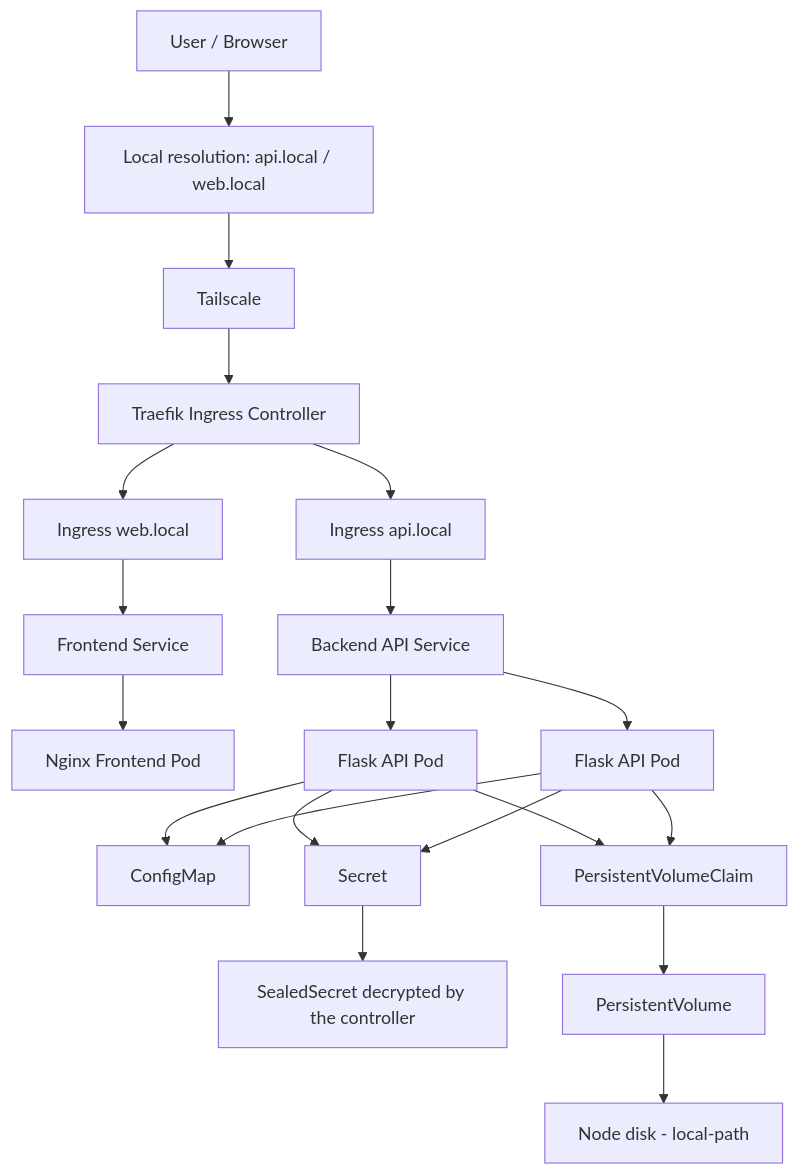
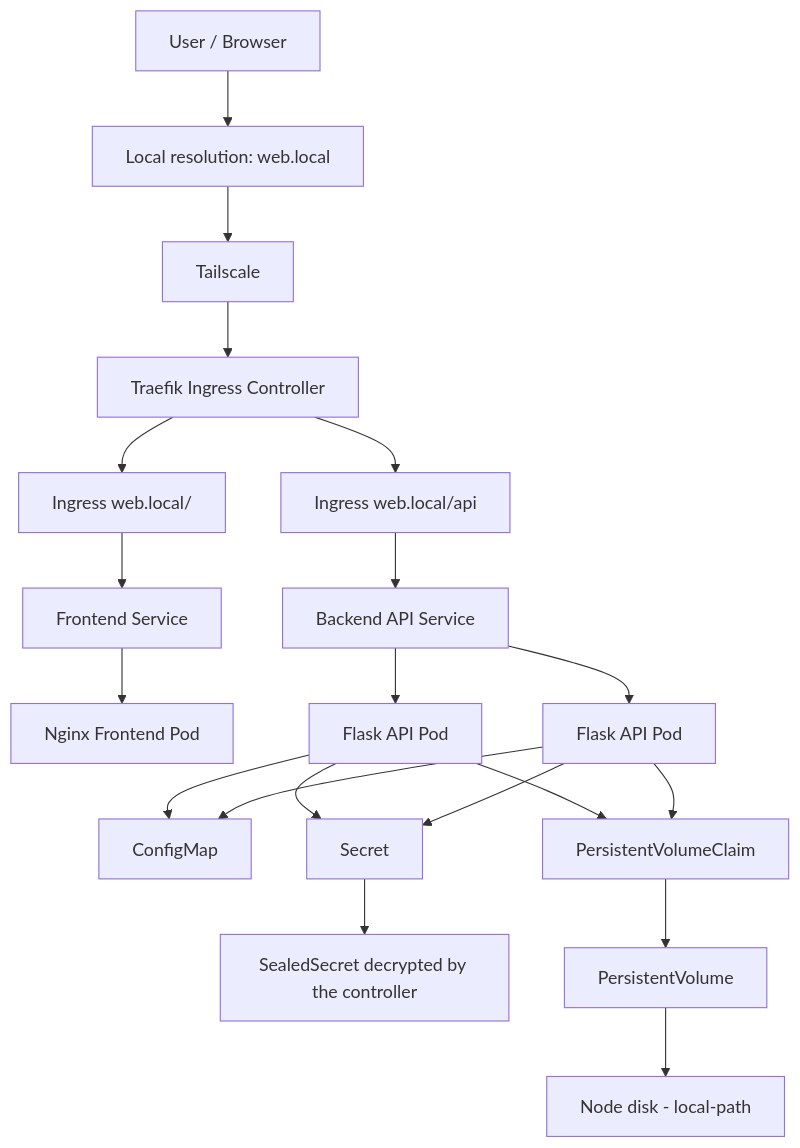
One commit to oscarHidalgo93/devops-project changed the first of 4 diagrams in README.en.md. Above: the diagram before and after it, drawn with Mermaid. The commit also changed other lines of this file and 1 other file, not shown here.

Commit message:
docs: dominio único con la API bajo /api, en ambos idiomas

````diff
--- a/README.en.md
+++ b/README.en.md
@@ -58,30 +58,30 @@
 ```mermaid
 flowchart TD
-    User[User / Browser] --> Hosts[Local resolution: api.local / web.local]
+    User[User / Browser] --> Hosts[Local resolution: web.local]
     Hosts --> Tailscale[Tailscale]
     Tailscale --> Traefik[Traefik Ingress Controller]
 
-    Traefik --> WebIngress[Ingress web.local]
-    Traefik --> ApiIngress[Ingress api.local]
+    Traefik --> WebIngress["Ingress web.local/"]
+    Traefik --> ApiIngress["Ingress web.local/api"]
 
     WebIngress --> WebService[Frontend Service]
     ApiIngress --> ApiService[Backend API Service]
 
     WebService --> WebPod[Nginx Frontend Pod]
 
     ApiService --> ApiPod1[Flask API Pod]
     ApiService --> ApiPod2[Flask API Pod]
 
     ApiPod1 --> ConfigMap[ConfigMap]
     ApiPod1 --> Secret[Secret]
     ApiPod1 --> PVC[PersistentVolumeClaim]
 
     ApiPod2 --> ConfigMap
     ApiPod2 --> Secret
     ApiPod2 --> PVC
 
     Secret --> Sealed[SealedSecret decrypted by the controller]
 
     PVC --> PV[PersistentVolume]
     PV --> Disk[Node disk - local-path]
 ```
````
